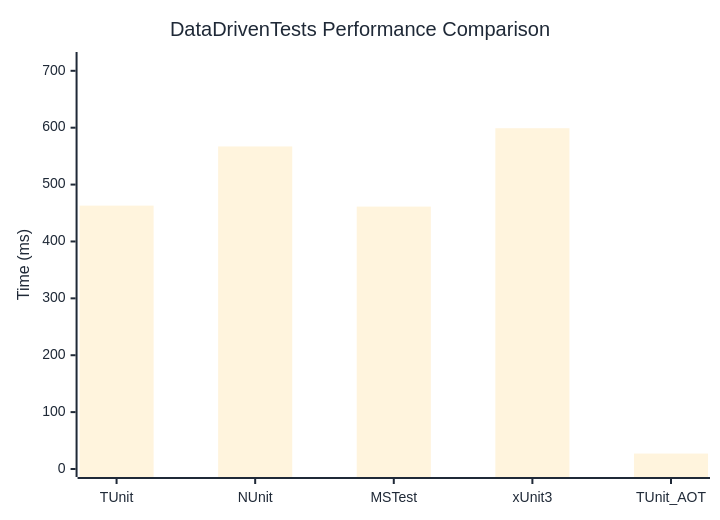
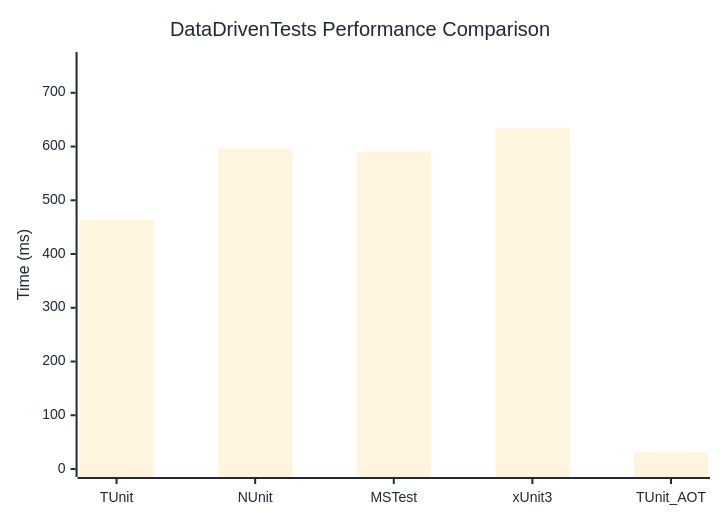
Before and after one commit to weiyilai/TUnit: the diagram in docs/docs/benchmarks/DataDrivenTests.md, drawn with Mermaid. The commit also changed other lines of this file and 17 other files, not shown here.

````diff
--- a/docs/docs/benchmarks/DataDrivenTests.md
+++ b/docs/docs/benchmarks/DataDrivenTests.md
@@ -27,37 +27,37 @@
 ```mermaid
 %%{init: {
   'theme':'base',
   'themeVariables': {
     'primaryColor': '#2563eb',
     'primaryTextColor': '#1f2937',
     'primaryBorderColor': '#1e40af',
     'lineColor': '#6b7280',
     'secondaryColor': '#7c3aed',
     'tertiaryColor': '#dc2626',
     'background': '#ffffff',
     'mainBkg': '#2563eb',
     'secondBkg': '#7c3aed',
     'tertiaryBkg': '#dc2626',
     'clusterBkg': '#f3f4f6',
     'edgeLabelBackground': '#ffffff',
     'tertiaryTextColor': '#1f2937',
     'pie1': '#2563eb',
     'pie2': '#7c3aed',
     'pie3': '#dc2626',
     'pie4': '#f59e0b',
     'pie5': '#10b981',
     'pie6': '#06b6d4',
     'pie7': '#ec4899',
     'pie8': '#6366f1',
     'pie9': '#84cc16',
     'pie10': '#f97316',
     'pie11': '#14b8a6',
     'pie12': '#a855f7'
   }
 }}%%
 xychart-beta
   title "DataDrivenTests Performance Comparison"
   x-axis ["TUnit", "NUnit", "MSTest", "xUnit3", "TUnit_AOT"]
-  y-axis "Time (ms)" 0 --> 719
-  bar [462.99, 567.04, 461.28, 599.06, 27.15]
+  y-axis "Time (ms)" 0 --> 761
+  bar [463.22, 596.03, 590.5, 633.83, 30.66]
 ```
````
